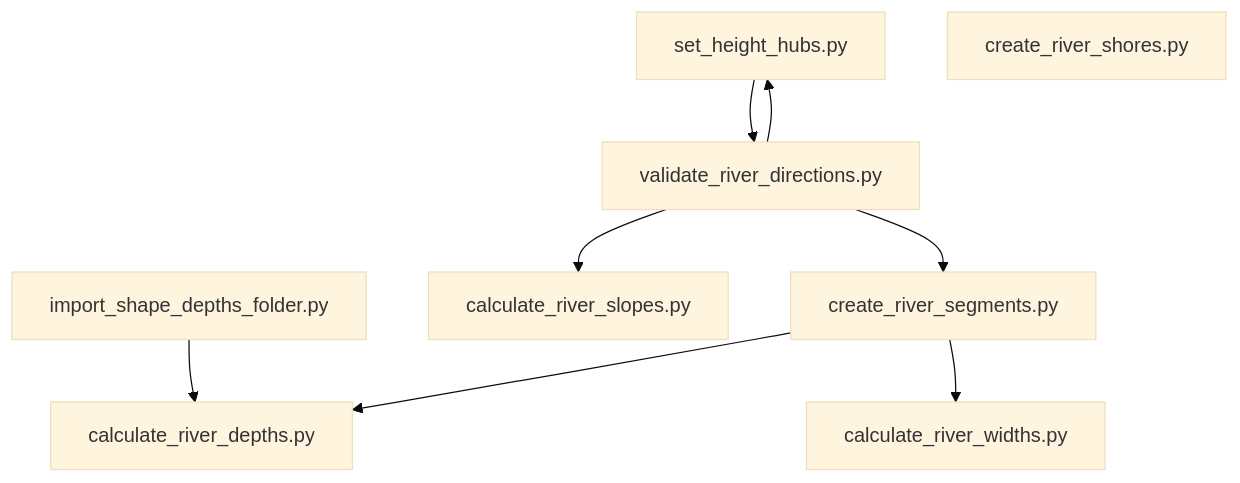
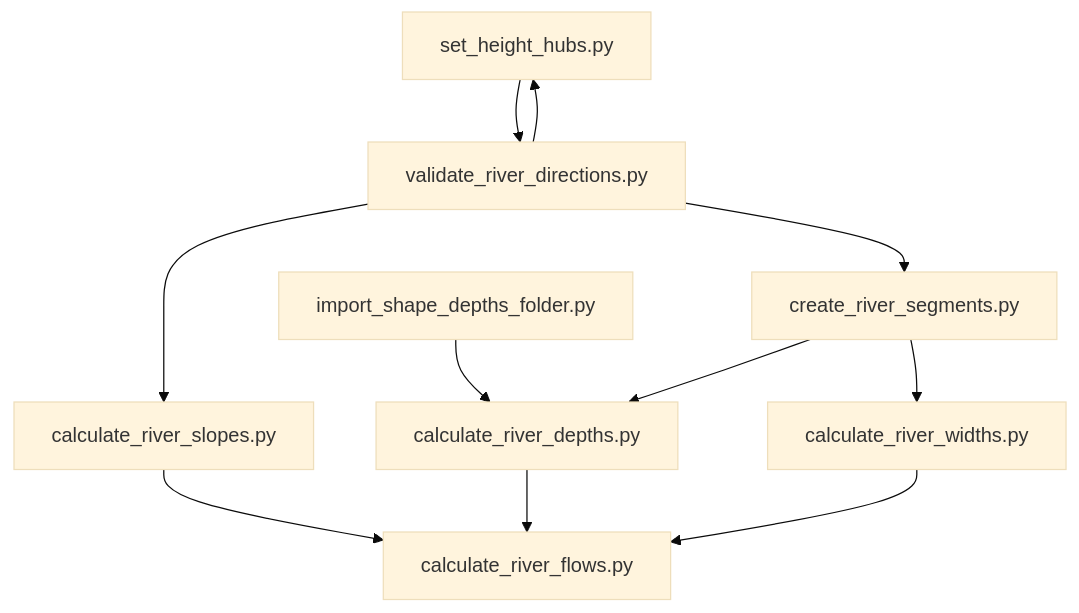
The diagram in examples/README.md (Simulation-of-Traffic-and-Transport/SiTT), drawn with Mermaid (base theme) before and after one commit. The commit also changed other lines of this file and 4 other files, not shown here.

Commit message:
Initial take of new river flow formula. Just print it out for now.

````diff
--- a/examples/README.md
+++ b/examples/README.md
@@ -57,18 +59,18 @@
 ```mermaid
 flowchart TB
     
-IMPORT_DEPTHS[import_shape_depths_folder.py]
 HUBS[set_height_hubs.py]
 VALIDATE[validate_river_directions.py]
 SLOPES[calculate_river_slopes.py]
 SEGMENTS[create_river_segments.py]
+IMPORT_DEPTHS[import_shape_depths_folder.py]
 DEPTHS[calculate_river_depths.py]
-SHORES[create_river_shores.py]
 WIDTHS[calculate_river_widths.py]
+FLOWS[calculate_river_flows.py]
 
-HUBS --> VALIDATE --> SLOPES
-VALIDATE --> HUBS
-VALIDATE --> SEGMENTS-->DEPTHS
-IMPORT_DEPTHS-->DEPTHS
-SEGMENTS --> WIDTHS
+HUBS-->VALIDATE-->SLOPES-->FLOWS
+VALIDATE-->HUBS
+VALIDATE-->SEGMENTS-->DEPTHS
+IMPORT_DEPTHS-->DEPTHS-->FLOWS
+SEGMENTS-->WIDTHS-->FLOWS
 ```
````
